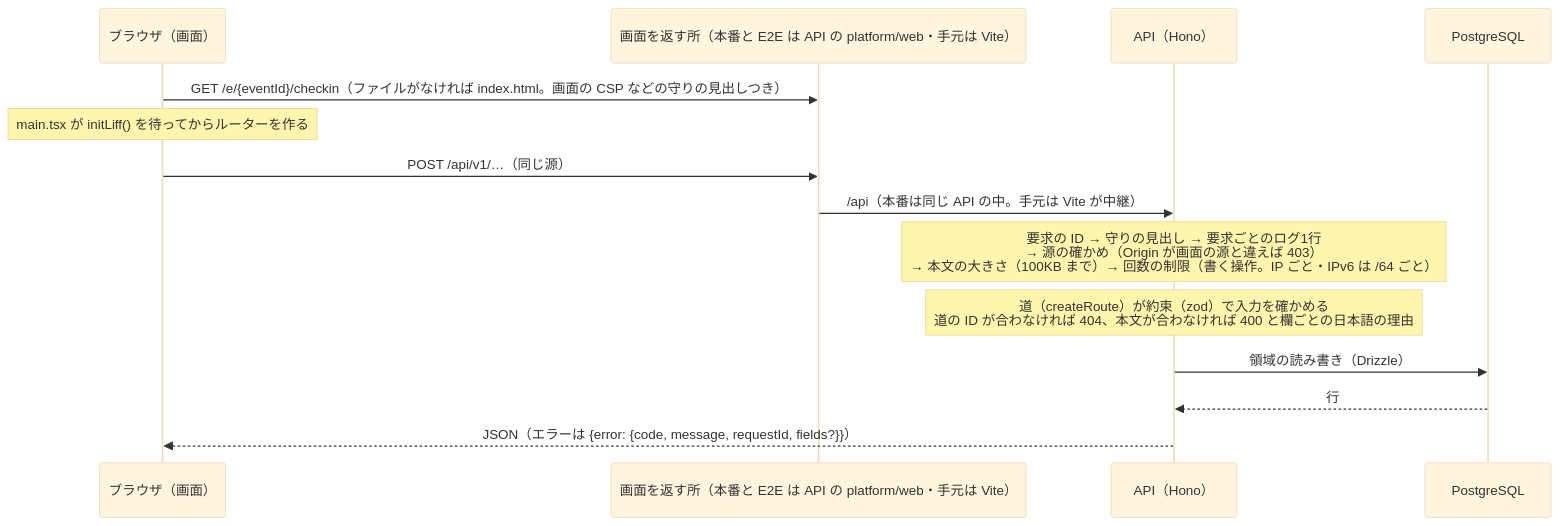
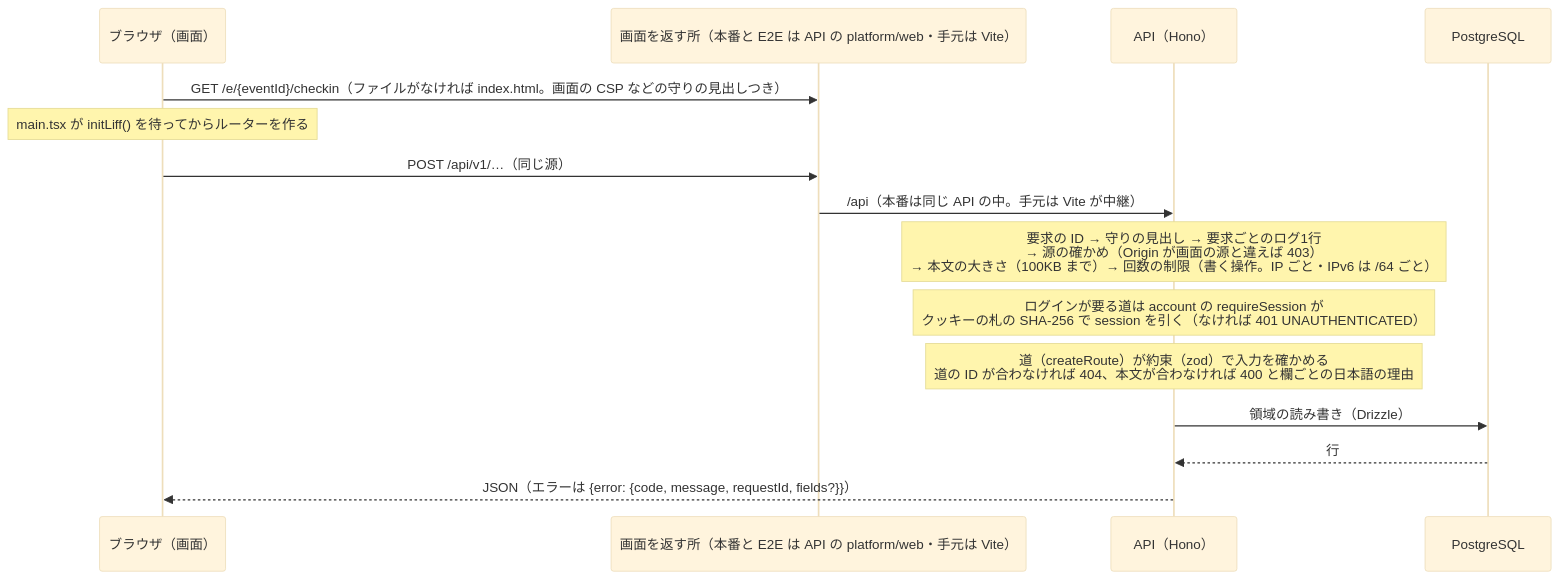
The third of 3 diagrams in docs/architecture.md (takumi-okuya-dev/kanaeru-apps), drawn with Mermaid (base theme) before and after one commit. The commit also changed other lines of this file and 5 other files, not shown here.

First line of the commit message:
docs(account-001): アカウントの地図を足し、今の形・決まり・決めたことの記録をログインに合わせる

````diff
--- a/docs/architecture.md
+++ b/docs/architecture.md
@@ -101,16 +103,17 @@
 ```mermaid
 sequenceDiagram
   participant B as ブラウザ（画面）
   participant V as 画面を返す所（本番と E2E は API の platform/web・手元は Vite）
   participant A as API（Hono）
   participant D as PostgreSQL
   B->>V: GET /e/{eventId}/checkin（ファイルがなければ index.html。画面の CSP などの守りの見出しつき）
   Note over B: main.tsx が initLiff() を待ってからルーターを作る
   B->>V: POST /api/v1/…（同じ源）
   V->>A: /api（本番は同じ API の中。手元は Vite が中継）
   Note over A: 要求の ID → 守りの見出し → 要求ごとのログ1行<br/>→ 源の確かめ（Origin が画面の源と違えば 403）<br/>→ 本文の大きさ（100KB まで）→ 回数の制限（書く操作。IP ごと・IPv6 は /64 ごと）
+  Note over A: ログインが要る道は account の requireSession が<br/>クッキーの札の SHA-256 で session を引く（なければ 401 UNAUTHENTICATED）
   Note over A: 道（createRoute）が約束（zod）で入力を確かめる<br/>道の ID が合わなければ 404、本文が合わなければ 400 と欄ごとの日本語の理由
   A->>D: 領域の読み書き（Drizzle）
   D-->>A: 行
   A-->>B: JSON（エラーは {error: {code, message, requestId, fields?}}）
 ```
````
